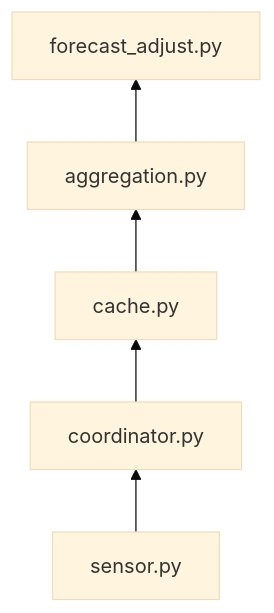
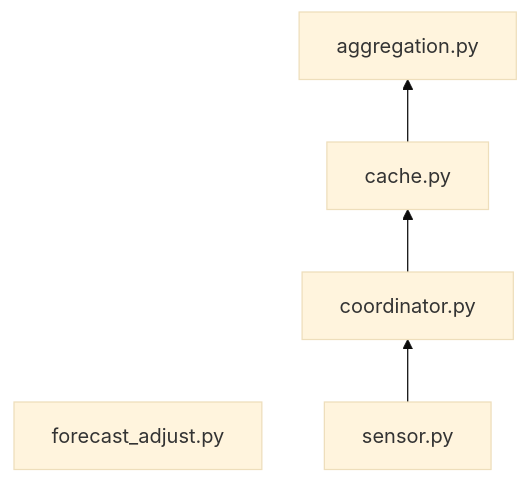
The diagram in adr/005-aggregate-sum-and-integral-sensors.md (eschnepel/shady), drawn with Mermaid (base theme) before and after one commit. The commit also changed other lines of this file and 7 other files, not shown here.

````diff
--- a/adr/005-aggregate-sum-and-integral-sensors.md
+++ b/adr/005-aggregate-sum-and-integral-sensors.md
@@ -161,13 +167,12 @@
 ```mermaid
 flowchart BT
     forecast_adjust["forecast_adjust.py"]
     aggregation["aggregation.py"]
     cache["cache.py"]
     coordinator["coordinator.py"]
     sensor["sensor.py"]
 
-    aggregation --> forecast_adjust
     cache --> aggregation
     coordinator --> cache
     sensor --> coordinator
 ```
````
